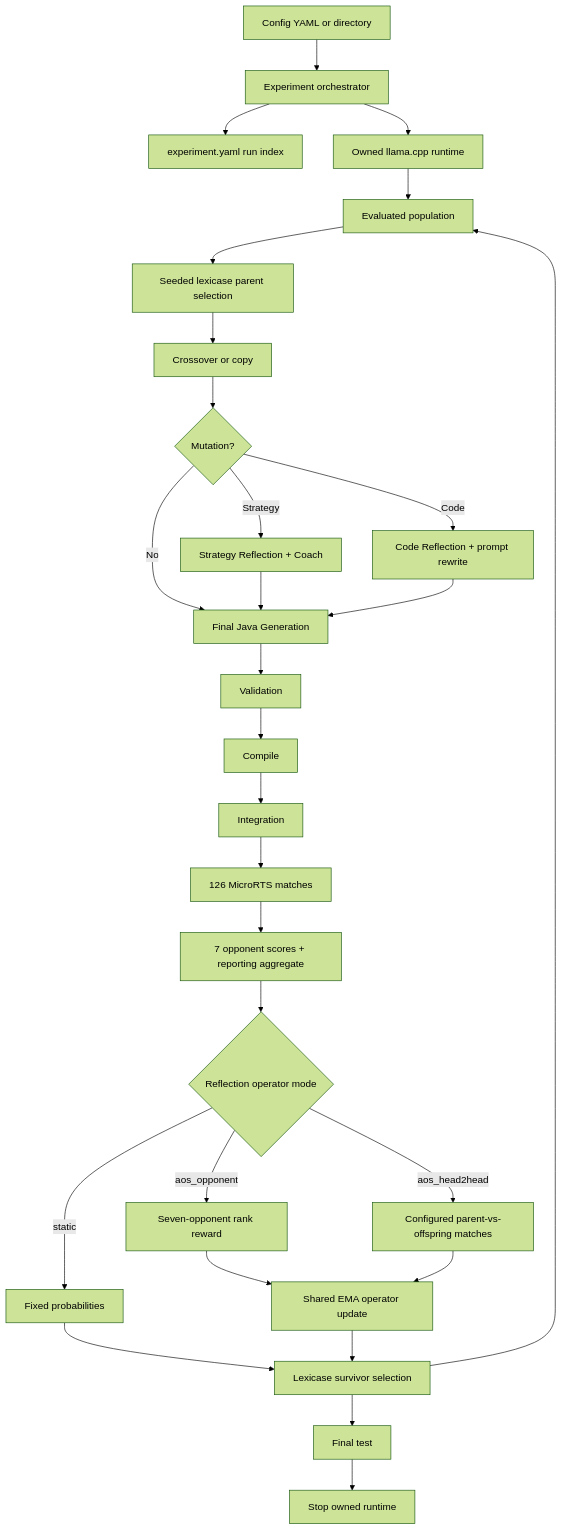
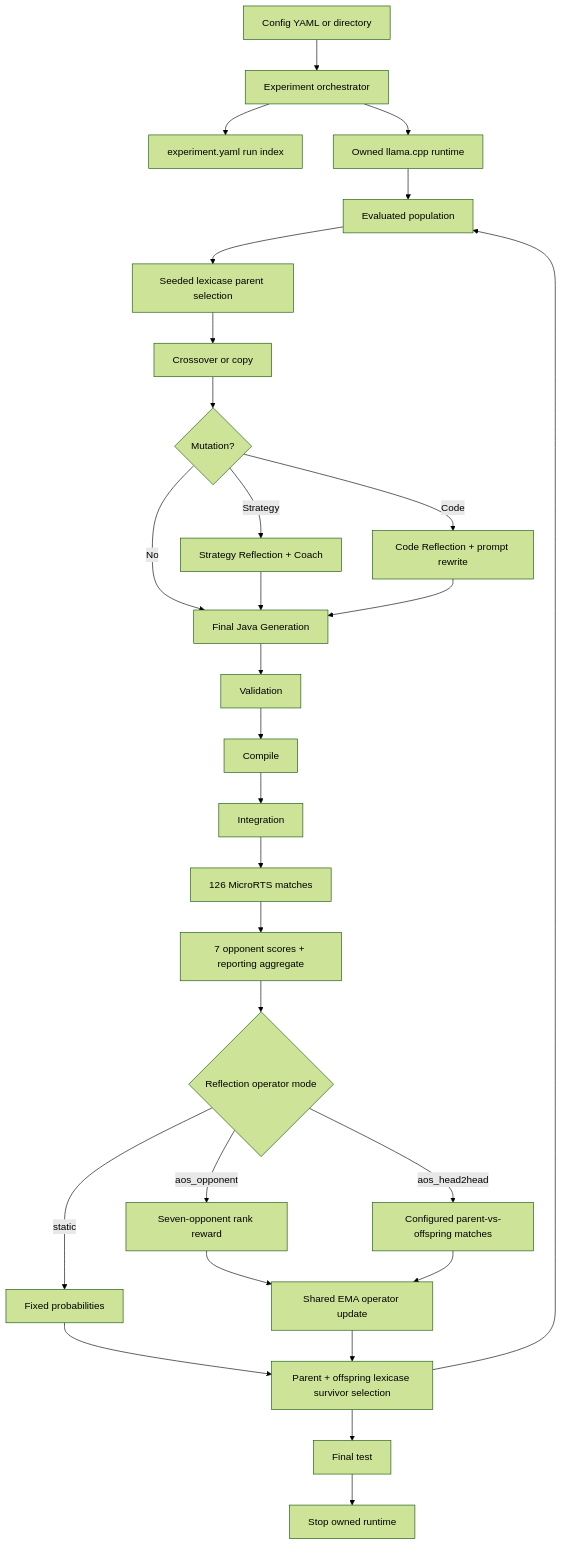
The diagram in docs/architecture/overview.md (sophie8909/EAGLE), drawn with Mermaid (forest theme) before and after one commit. The commit also changed other lines of this file and 23 other files, not shown here.

Commit message:
feat(selection): add mu plus lambda lexicase seeds

````diff
--- a/docs/architecture/overview.md
+++ b/docs/architecture/overview.md
@@ -22,28 +22,28 @@
 ```mermaid
 flowchart TD
     CFG["Config YAML or directory"] --> L["Experiment orchestrator"]
     L --> RI["experiment.yaml run index"]
     L --> RT["Owned llama.cpp runtime"]
     RT --> P
     P["Evaluated population"] --> S["Seeded lexicase parent selection"]
     S --> X["Crossover or copy"]
     X --> M{"Mutation?"}
     M -->|Strategy| SR["Strategy Reflection + Coach"]
     M -->|Code| CR["Code Reflection + prompt rewrite"]
     M -->|No| G["Final Java Generation"]
     SR --> G
     CR --> G
     G --> V["Validation"] --> C["Compile"] --> I["Integration"]
     I --> E["126 MicroRTS matches"]
     E --> O["7 opponent scores + reporting aggregate"]
     O --> R{"Reflection operator mode"}
     R -->|static| F["Fixed probabilities"]
     R -->|aos_opponent| Q["Seven-opponent rank reward"]
     R -->|aos_head2head| H["Configured parent-vs-offspring matches"]
     Q --> A["Shared EMA operator update"]
     H --> A
-    F --> N["Lexicase survivor selection"]
+    F --> N["Parent + offspring lexicase survivor selection"]
     A --> N --> P
     N --> FT["Final test"]
     FT --> CL["Stop owned runtime"]
 ```
````
